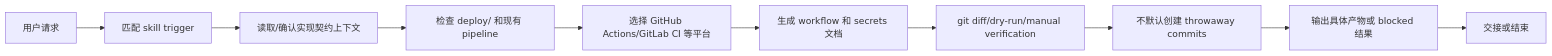
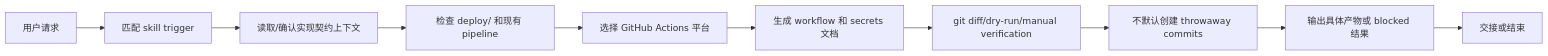
One commit to Neplich/dev-agent-skills changed the diagram in docs/pm/agents/devops-agent/skills/cicd-bootstrap/PRD.md. Above: the diagram before and after it, drawn with Mermaid. The commit also changed other lines of this file and 26 other files, not shown here.

````diff
--- a/docs/pm/agents/devops-agent/skills/cicd-bootstrap/PRD.md
+++ b/docs/pm/agents/devops-agent/skills/cicd-bootstrap/PRD.md
@@ -104,12 +104,12 @@
 ```mermaid
 flowchart LR
     Request["用户请求"] --> Match["匹配 skill trigger"]
     Match --> Context["读取/确认实现契约上下文"]
     Context --> Step1["检查 deploy/ 和现有 pipeline"]
-    Step1 --> Step2["选择 GitHub Actions/GitLab CI 等平台"]
+    Step1 --> Step2["选择 GitHub Actions 平台"]
     Step2 --> Step3["生成 workflow 和 secrets 文档"]
     Step3 --> Step4["git diff/dry-run/manual verification"]
     Step4 --> Step5["不默认创建 throwaway commits"]
     Step5 --> Artifact["输出具体产物或 blocked 结果"]
     Artifact --> Handoff["交接或结束"]
 ```
````
